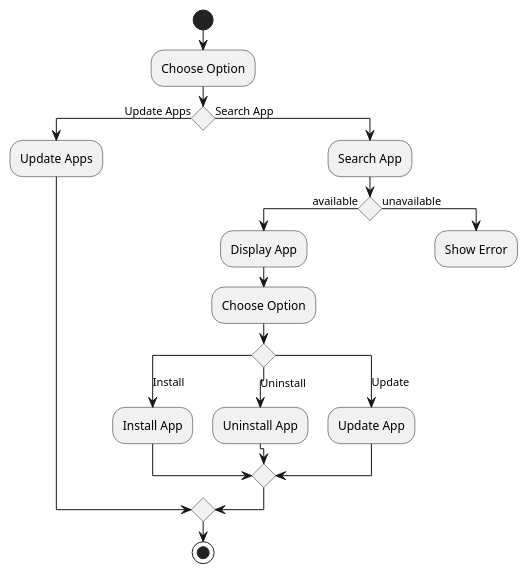
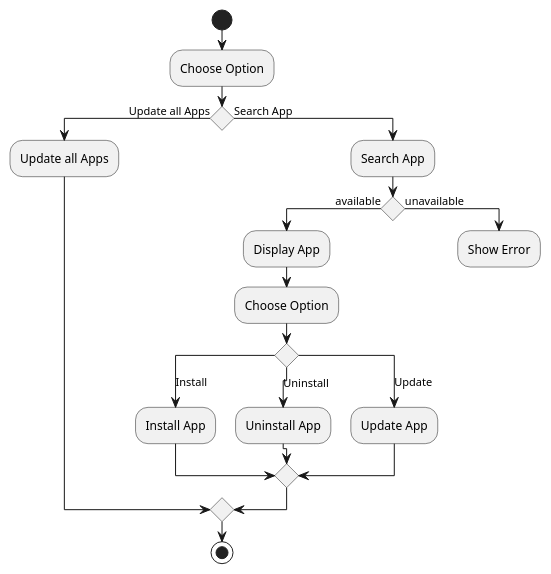
One commit to notfirefox/swea-project changed the diagram in src/appstore_activity.puml. Above: the diagram before and after it, drawn with PlantUML.

Commit message:
Update activity diagram

```diff
--- a/src/appstore_activity.puml
+++ b/src/appstore_activity.puml
@@ -1,30 +1,30 @@
 @startuml
 
 start
 
 :Choose Option;
-if () is (Update Apps) then
-  :Update Apps;
+if () is (Update all Apps) then
+  :Update all Apps;
 else (Search App)
     :Search App;
 
     if () then (available)
         :Display App;
         :Choose Option;
         switch ()
         case (Install)
         :Install App;
         case (Uninstall)
         :Uninstall App;
         case (Update)
         :Update App;
         endswitch
     else (unavailable)
         :Show Error;
         detach
     endif
 endif
 
 stop
 
 @enduml
```
